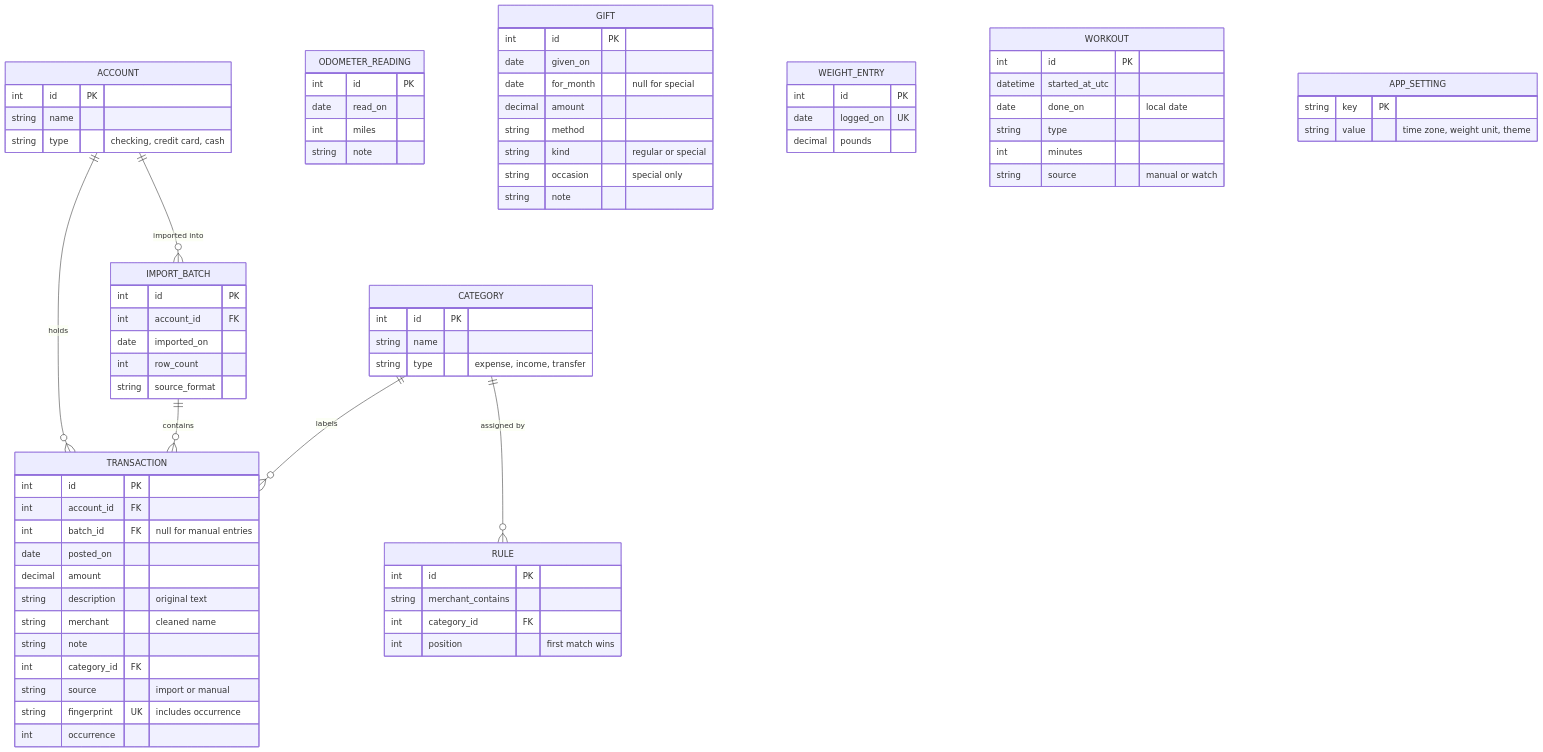
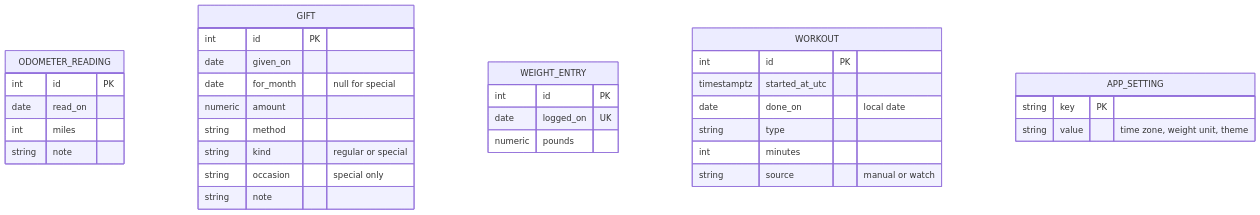
Before and after one commit to githubacct54385/life-tracker: the sixth of 6 diagrams in ARCHITECTURE.md, drawn with Mermaid. The commit also changed other lines of this file and 12 other files, not shown here.

````diff
--- a/ARCHITECTURE.md
+++ b/ARCHITECTURE.md
@@ -341,79 +239,36 @@
 ```mermaid
 erDiagram
-    ACCOUNT ||--o{ TRANSACTION : holds
-    ACCOUNT ||--o{ IMPORT_BATCH : "imported into"
-    IMPORT_BATCH ||--o{ TRANSACTION : contains
-    CATEGORY ||--o{ TRANSACTION : labels
-    CATEGORY ||--o{ RULE : "assigned by"
-
-    ACCOUNT {
-        int id PK
-        string name
-        string type "checking, credit card, cash"
-    }
-    IMPORT_BATCH {
-        int id PK
-        int account_id FK
-        date imported_on
-        int row_count
-        string source_format
-    }
-    TRANSACTION {
-        int id PK
-        int account_id FK
-        int batch_id FK "null for manual entries"
-        date posted_on
-        decimal amount
-        string description "original text"
-        string merchant "cleaned name"
-        string note
-        int category_id FK
-        string source "import or manual"
-        string fingerprint UK "includes occurrence"
-        int occurrence
-    }
-    CATEGORY {
-        int id PK
-        string name
-        string type "expense, income, transfer"
-    }
-    RULE {
-        int id PK
-        string merchant_contains
-        int category_id FK
-        int position "first match wins"
-    }
     ODOMETER_READING {
         int id PK
         date read_on
         int miles
         string note
     }
     GIFT {
         int id PK
         date given_on
         date for_month "null for special"
-        decimal amount
+        numeric amount
         string method
         string kind "regular or special"
         string occasion "special only"
         string note
     }
     WEIGHT_ENTRY {
         int id PK
         date logged_on UK
-        decimal pounds
+        numeric pounds
     }
     WORKOUT {
         int id PK
-        datetime started_at_utc
+        timestamptz started_at_utc
         date done_on "local date"
         string type
         int minutes
         string source "manual or watch"
     }
     APP_SETTING {
         string key PK
         string value "time zone, weight unit, theme"
     }
 ```
````
